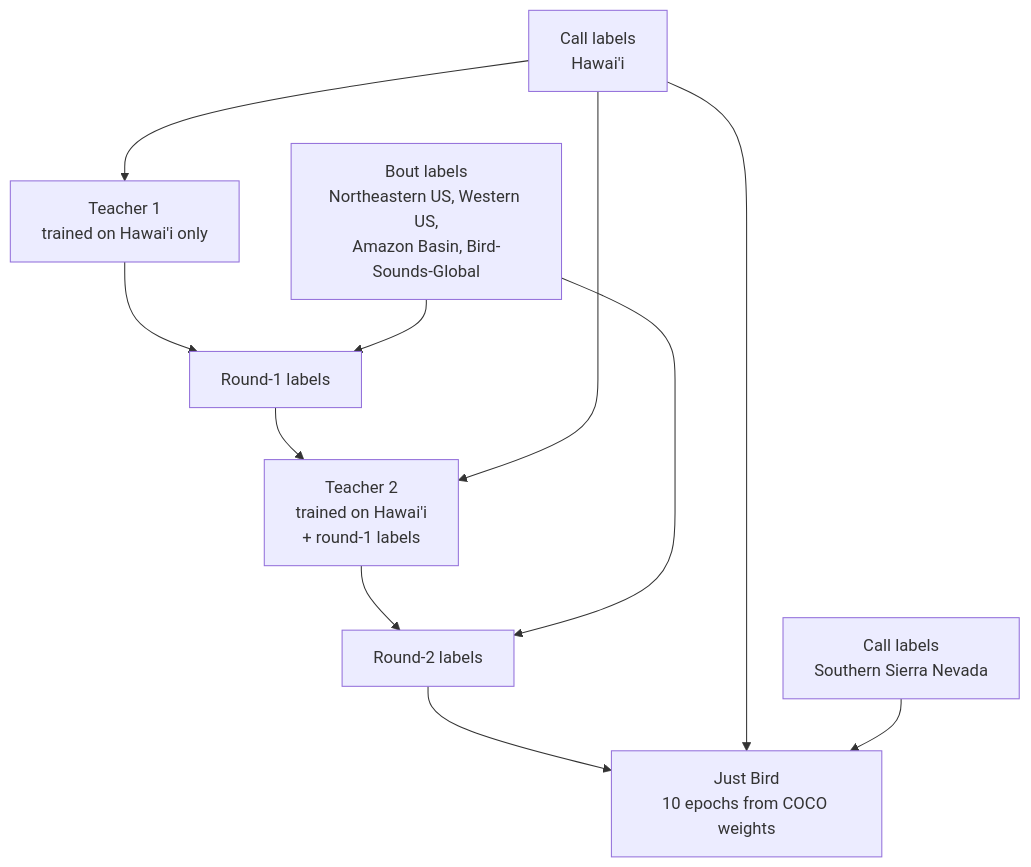
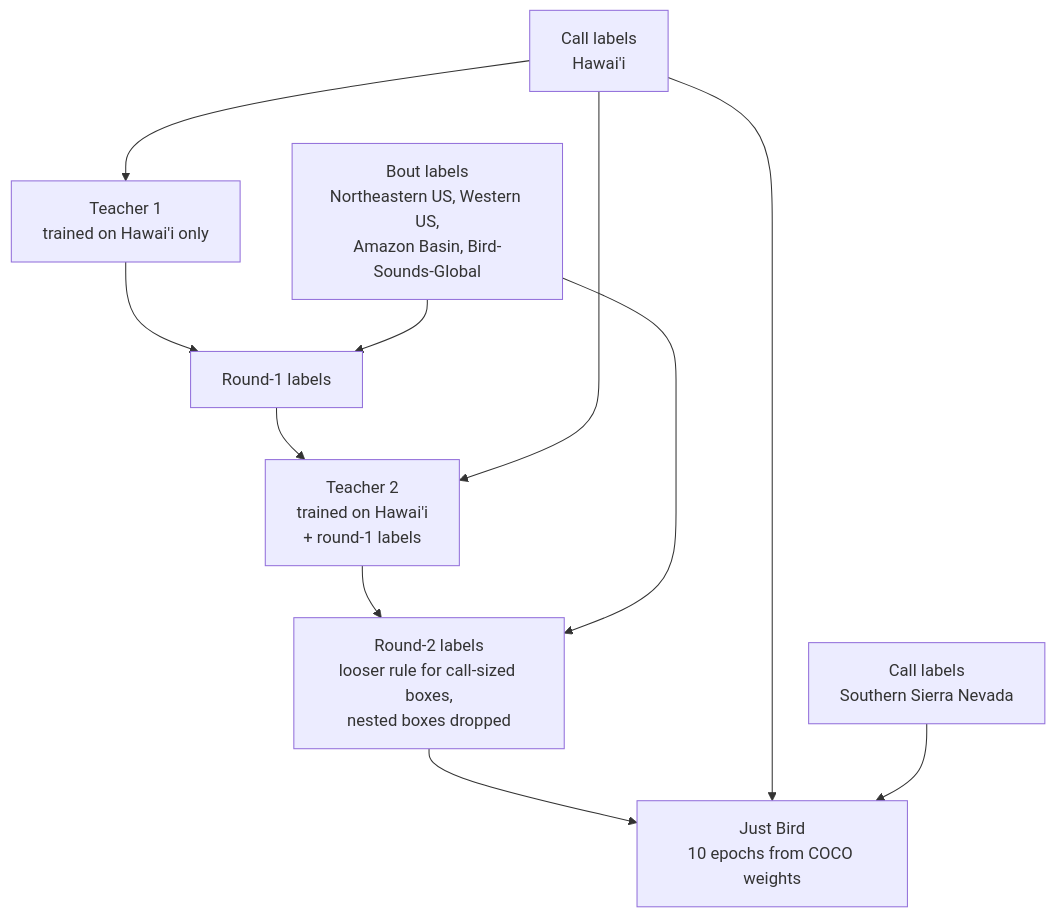
One commit to birdnet-team/BirdBox changed the diagram in docs/models-and-metrics/just-bird-training.md. Above: the diagram before and after it, drawn with Mermaid. The commit also changed other lines of this file and 27 other files, not shown here.

````diff
--- a/docs/models-and-metrics/just-bird-training.md
+++ b/docs/models-and-metrics/just-bird-training.md
@@ -11,21 +11,21 @@
 ```mermaid
 flowchart TD
   hawaii["Call labels<br/>Hawai'i"]
   bouts["Bout labels<br/>Northeastern US, Western US,<br/>Amazon Basin, Bird-Sounds-Global"]
   t1["Teacher 1<br/>trained on Hawai'i only"]
   r1["Round-1 labels"]
   t2["Teacher 2<br/>trained on Hawai'i<br/>+ round-1 labels"]
-  r2["Round-2 labels"]
+  r2["Round-2 labels<br/>looser rule for call-sized boxes,<br/>nested boxes dropped"]
   ssn["Call labels<br/>Southern Sierra Nevada"]
   final["Just Bird<br/>10 epochs from COCO weights"]
   hawaii --> t1
   t1 --> r1
   bouts --> r1
   r1 --> t2
   hawaii --> t2
   t2 --> r2
   bouts --> r2
   r2 --> final
   hawaii --> final
   ssn --> final
 ```
````
